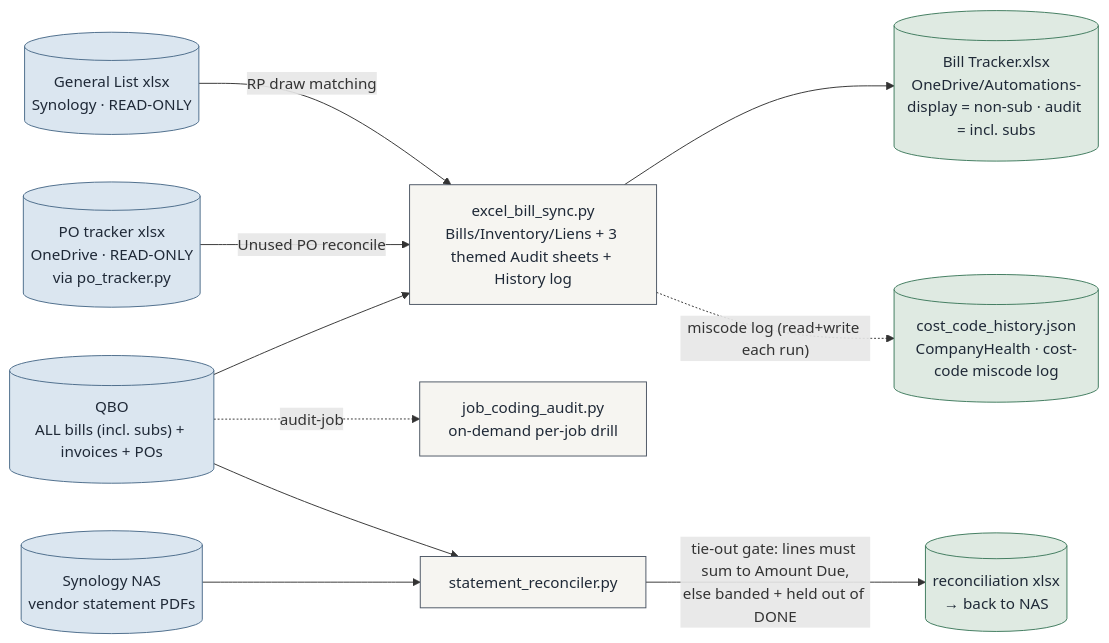
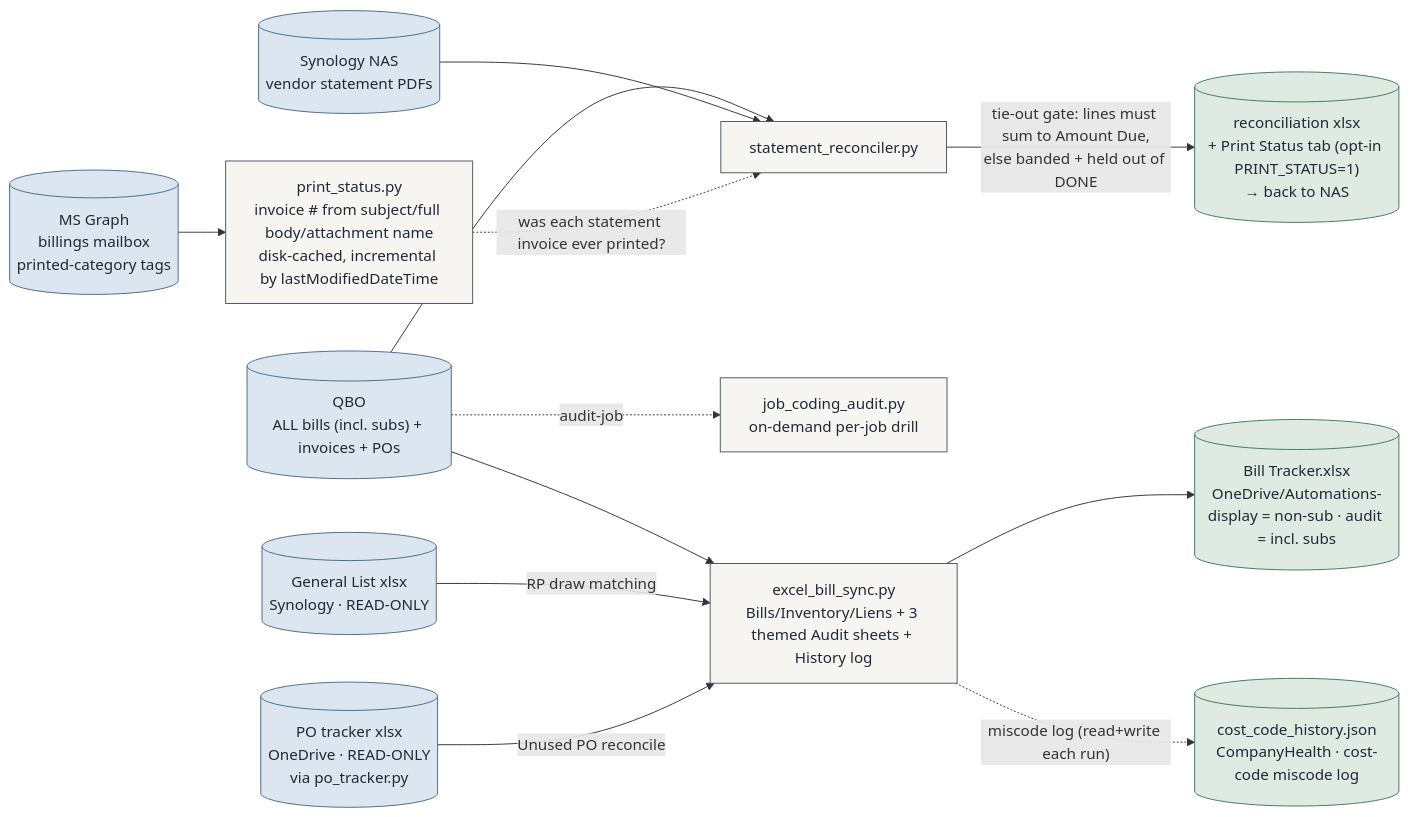
One commit to Ecarlo-Proficient/Claude-Report changed the second of 6 diagrams in docs/ARCHITECTURE.md. Above: the diagram before and after it, drawn with Mermaid. The commit also changed 4 other files, not shown here.

First line of the commit message:
statement-reconciler: print-status verification (Print Status tab, opt-in)

````diff
--- a/docs/ARCHITECTURE.md
+++ b/docs/ARCHITECTURE.md
@@ -221,25 +221,28 @@
 ```mermaid
 flowchart LR
     classDef src fill:#dbe6f0,stroke:#4A6B8A,color:#1f2937
     classDef tool fill:#f6f5f1,stroke:#4b5563,color:#1f2937
     classDef out fill:#dfeae2,stroke:#3E7A5C,color:#1f2937
 
     QBO[("QBO\nALL bills (incl. subs) + invoices + POs")]:::src
     NAS[("Synology NAS\nvendor statement PDFs")]:::src
     GL[("General List xlsx\nSynology · READ-ONLY")]:::src
     POT[("PO tracker xlsx\nOneDrive · READ-ONLY\nvia po_tracker.py")]:::src
+    MBX[("MS Graph\nbillings mailbox\nprinted-category tags")]:::src
     BT["excel_bill_sync.py\nBills/Inventory/Liens + 3 themed Audit sheets + History log"]:::tool
     JCA["job_coding_audit.py\non-demand per-job drill"]:::tool
     SR["statement_reconciler.py"]:::tool
+    PS["print_status.py\ninvoice # from subject/full body/attachment name\ndisk-cached, incremental by lastModifiedDateTime"]:::tool
     BX[("Bill Tracker.xlsx\nOneDrive/Automations-\ndisplay = non-sub · audit = incl. subs")]:::out
     CCH[("cost_code_history.json\nCompanyHealth · cost-code miscode log")]:::out
-    RX[("reconciliation xlsx\n→ back to NAS")]:::out
+    RX[("reconciliation xlsx\n+ Print Status tab (opt-in PRINT_STATUS=1)\n→ back to NAS")]:::out
 
     QBO --> BT --> BX
     BT -. "miscode log (read+write each run)" .-> CCH
     QBO -. "audit-job" .-> JCA
     GL -- "RP draw matching" --> BT
     POT -- "Unused PO reconcile" --> BT
     QBO --> SR
     NAS --> SR -- "tie-out gate: lines must sum to Amount Due,\nelse banded + held out of DONE" --> RX
+    MBX --> PS -. "was each statement invoice ever printed?" .-> SR
 ```
````
